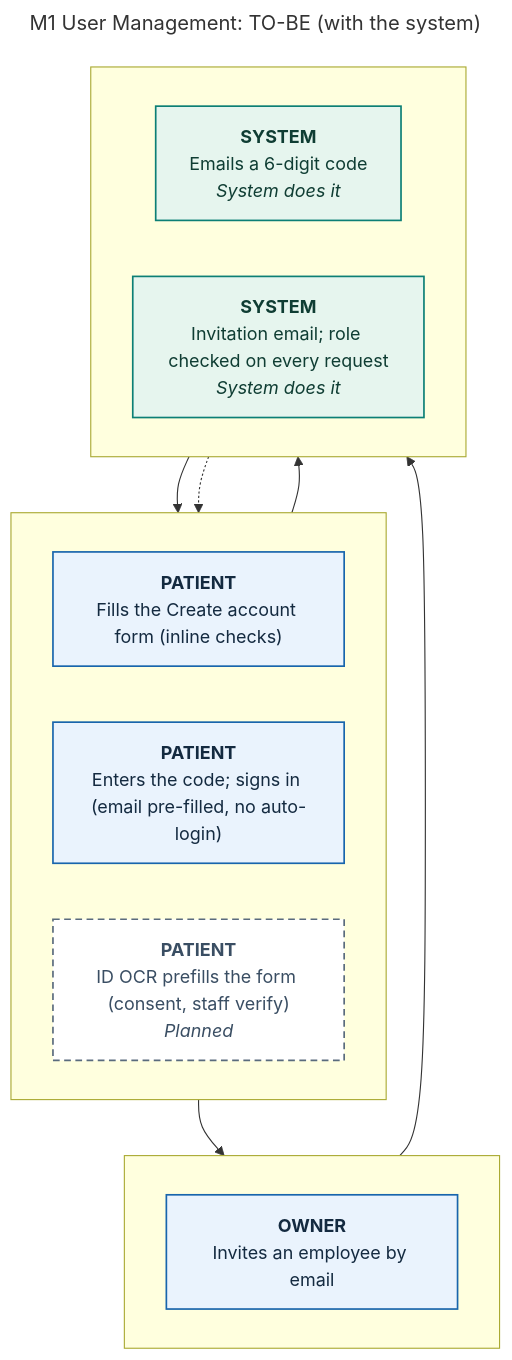
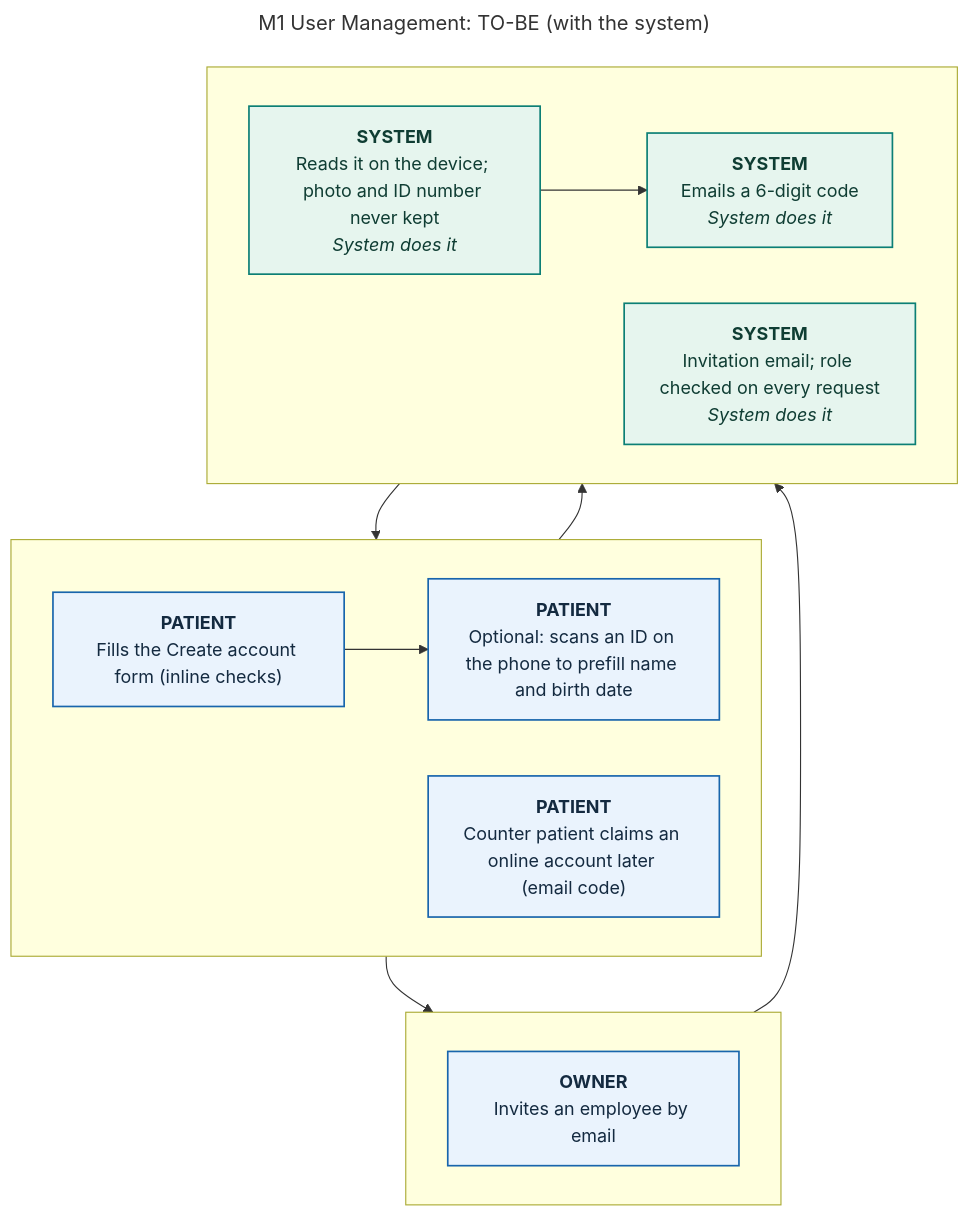
Before and after one commit to 0phem/multibranch-dental-clinic: the diagram in docs/defense/diagrams/M1-user-management-to-be.mmd, drawn with Mermaid. The commit also changed 58 other files, not shown here.

```diff
--- a/docs/defense/diagrams/M1-user-management-to-be.mmd
+++ b/docs/defense/diagrams/M1-user-management-to-be.mmd
@@ -1,30 +1,32 @@
 ---
 title: "M1 User Management: TO-BE (with the system)"
 ---
 flowchart TB
     subgraph L0[" "]
     direction LR
       S0["<b>PATIENT</b><br/>Fills the Create account form (inline checks)"]:::manual
-      S2["<b>PATIENT</b><br/>Enters the code; signs in (email pre-filled, no auto-login)"]:::manual
-      S5["<b>PATIENT</b><br/>ID OCR prefills the form (consent, staff verify)<br/><i>Planned</i>"]:::planned
+      S1["<b>PATIENT</b><br/>Optional: scans an ID on the phone to prefill name and birth date"]:::manual
+      S4["<b>PATIENT</b><br/>Counter patient claims an online account later (email code)"]:::manual
     end
     subgraph L3[" "]
     direction LR
-      S3["<b>OWNER</b><br/>Invites an employee by email"]:::manual
+      S5["<b>OWNER</b><br/>Invites an employee by email"]:::manual
     end
     subgraph L4[" "]
     direction LR
-      S1["<b>SYSTEM</b><br/>Emails a 6-digit code<br/><i>System does it</i>"]:::auto
-      S4["<b>SYSTEM</b><br/>Invitation email; role checked on every request<br/><i>System does it</i>"]:::auto
+      S2["<b>SYSTEM</b><br/>Reads it on the device; photo and ID number never kept<br/><i>System does it</i>"]:::auto
+      S3["<b>SYSTEM</b><br/>Emails a 6-digit code<br/><i>System does it</i>"]:::auto
+      S6["<b>SYSTEM</b><br/>Invitation email; role checked on every request<br/><i>System does it</i>"]:::auto
     end
     S0 --> S1
     S1 --> S2
     S2 --> S3
     S3 --> S4
-    S4 -.-> S5
+    S4 --> S5
+    S5 --> S6
     classDef cited fill:#eaf3fd,stroke:#1865ac,color:#142a40,stroke-width:1.5px
     classDef confirm fill:#fffaf0,stroke:#b26a00,color:#5e3c00,stroke-width:1.5px,stroke-dasharray:6 4
     classDef auto fill:#e6f5ee,stroke:#0c7f75,color:#0f3d33,stroke-width:1.5px
     classDef manual fill:#eaf3fd,stroke:#1865ac,color:#142a40,stroke-width:1.5px
     classDef mock fill:#f3f5f7,stroke:#5a6b7d,color:#3a4e63,stroke-width:1.5px,stroke-dasharray:3 3
     classDef planned fill:#ffffff,stroke:#5a6b7d,color:#3a4e63,stroke-width:1.5px,stroke-dasharray:6 4
```
